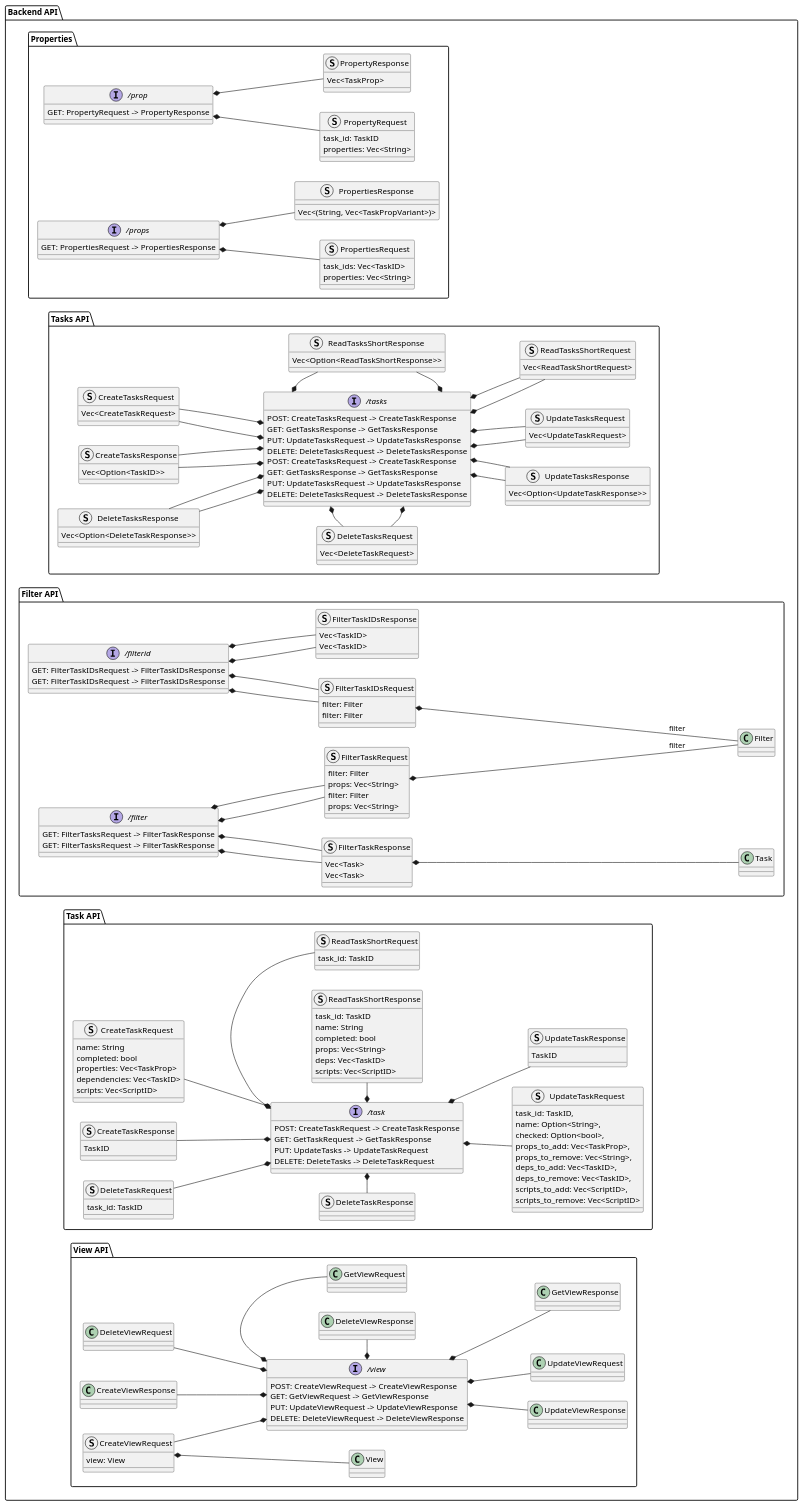
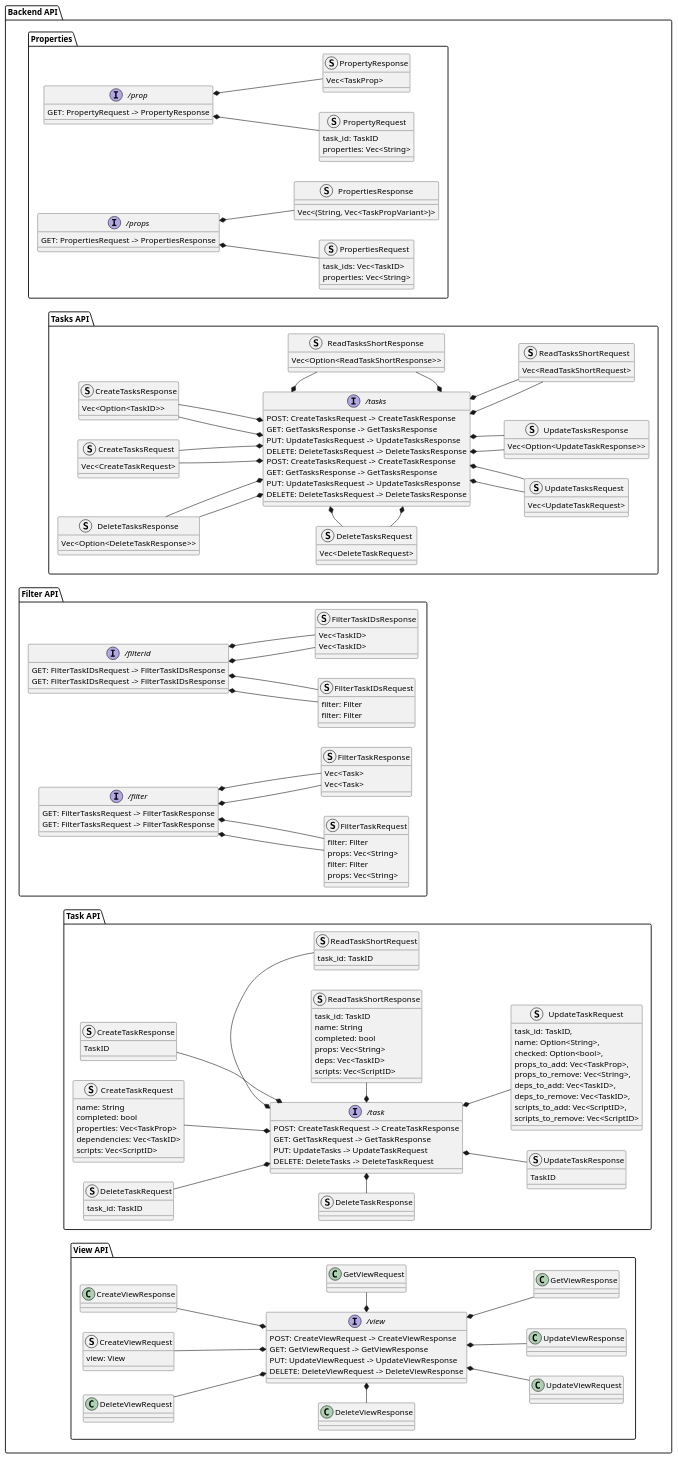
One commit to knoxy5467/a-better-notion changed the fourth of 4 diagrams in design/middleware.puml. Above: the diagram before and after it, drawn with PlantUML.

Commit message:
tweak middleware diagram arrows

```diff
--- a/design/middleware.puml
+++ b/design/middleware.puml
@@ -186,7 +186,6 @@
 	
 		
 	package "Tasks API" {
-
 		interface "/tasks" as tasks_api {
 			POST: CreateTasksRequest -> CreateTaskResponse
 			GET: GetTasksResponse -> GetTasksResponse
@@ -232,7 +231,6 @@
 		struct "FilterTaskIDsRequest" {
 			filter: Filter
 		}
-		FilterTaskIDsRequest *---- Filter : filter
 		struct "FilterTaskIDsResponse" {
 			Vec<TaskID>
 		}
@@ -240,12 +238,10 @@
 			filter: Filter
 			props: Vec<String>
 		}
-		FilterTaskRequest *---- Filter : filter
 
 		struct "FilterTaskResponse" {
 			Vec<Task>
 		}
-		FilterTaskResponse *---- Task
 
 		interface "/filterid" as filterid_api {
 			GET: FilterTaskIDsRequest -> FilterTaskIDsResponse
@@ -380,7 +376,7 @@
 		struct "CreateViewRequest" {
 			view: View
 		}
-		CreateViewRequest *-- View
+		' CreateViewRequest *-- View
 		interface "/view" as view_api {
 			POST: CreateViewRequest -> CreateViewResponse
 			GET: GetViewRequest -> GetViewResponse
```
